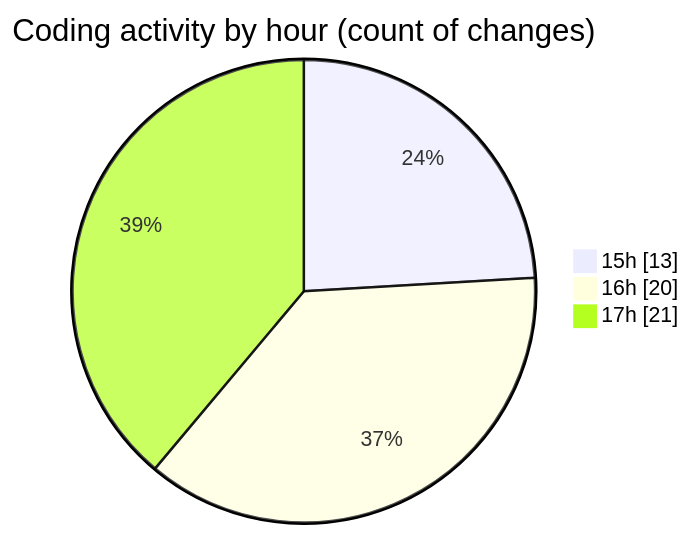
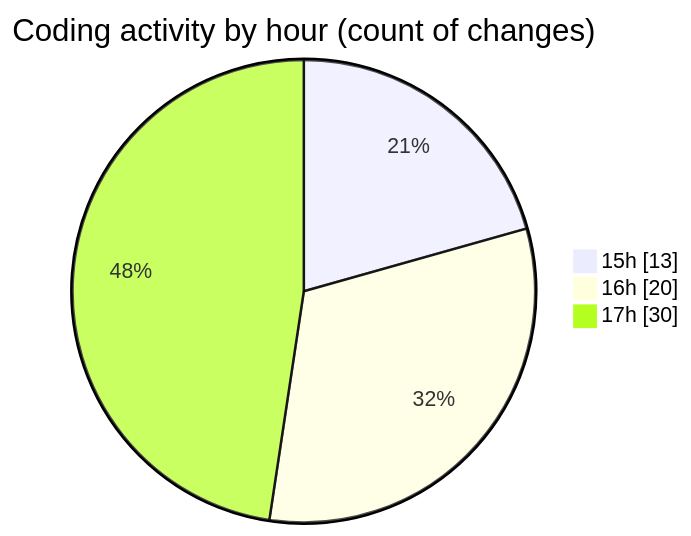
One commit to momahboobian/code-tracking changed the second of 2 diagrams in 2026-03-26/cda/README.md. Above: the diagram before and after it, drawn with Mermaid. The commit also changed other lines of this file and 1 other file, not shown here.

````diff
--- a/2026-03-26/cda/README.md
+++ b/2026-03-26/cda/README.md
@@ -33,7 +33,7 @@
 ```mermaid
 pie showData
 title Coding activity by hour (count of changes)
 "15h" : 13
 "16h" : 20
-"17h" : 21
+"17h" : 30
 ```
````
